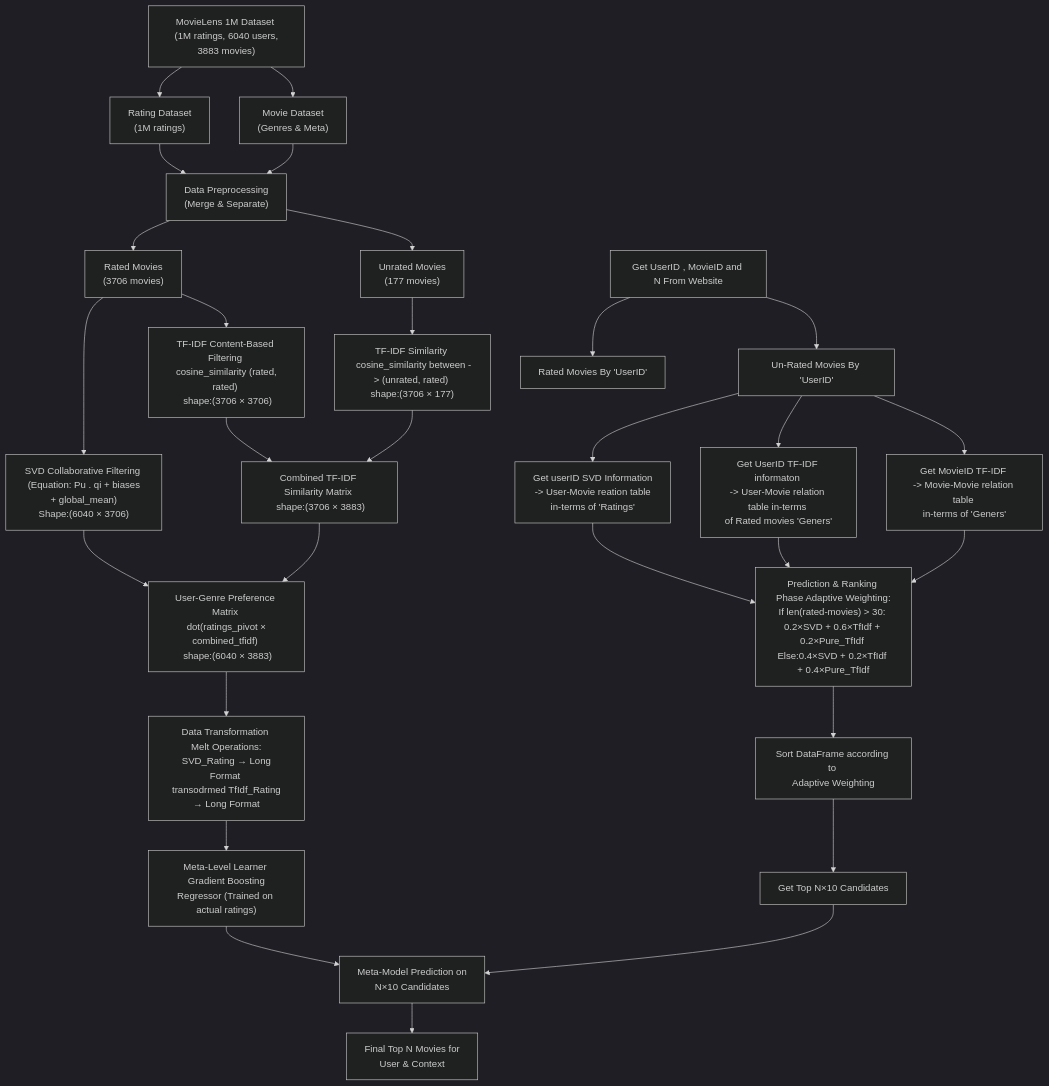
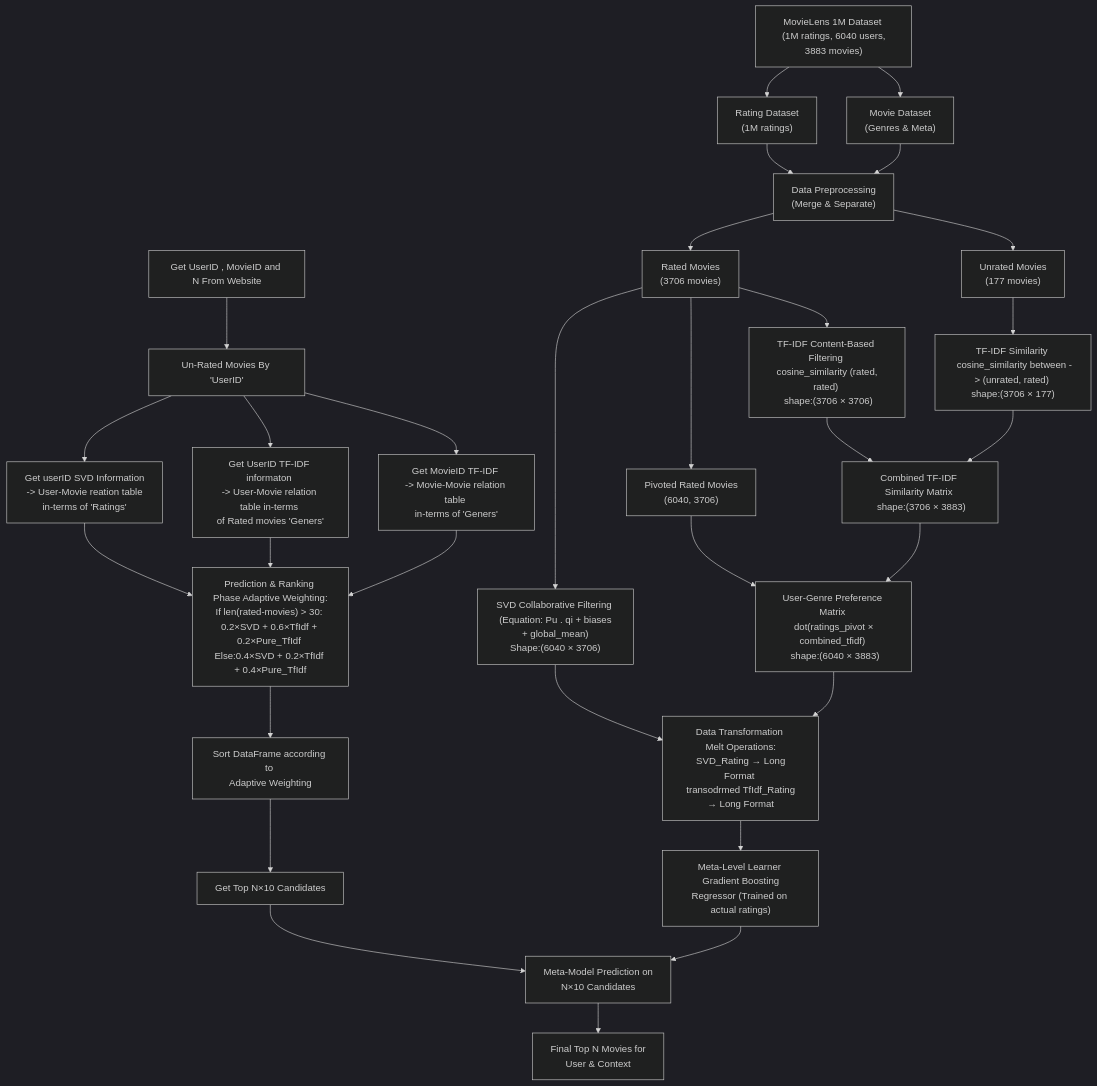
Before and after one commit to NiazMahmud2001/MetaLevel-HybridMovie-Recommender: the diagram in README.md, drawn with Mermaid (dark theme).

````diff
--- a/README.md
+++ b/README.md
@@ -83,38 +83,43 @@
 ```mermaid
 graph TD
     A["MovieLens 1M Dataset <br> (1M ratings, 6040 users, 3883 movies)"]
     A --> B["Rating Dataset <br> (1M ratings)"]
     A --> C["Movie Dataset <br> (Genres & Meta)"]
     B --> D["Data Preprocessing <br> (Merge & Separate)"]
     C --> D
     D --> E["Rated Movies <br> (3706 movies)"]
+
+    E1["Pivoted Rated Movies <br>(6040, 3706)"]
+    E --> E1
     D --> F["Unrated Movies <br> (177 movies)"]
 
     E --> G1["SVD Collaborative Filtering <br> (Equation: Pu . qi + biases + global_mean)<br>Shape:(6040 × 3706)"]
     E --> G2["TF-IDF Content-Based Filtering <br> cosine_similarity (rated, rated) <br> shape:(3706 × 3706)"]
     F --> G3["TF-IDF Similarity <br> cosine_similarity between -> (unrated, rated) <br>shape:(3706 × 177)"]
 
     G2 --> H["Combined TF-IDF Similarity Matrix <br> shape:(3706 × 3883)"]
     G3 --> H
-    G1 --> I
+    G1 --> J
+    E1 --> I
     H --> I["User-Genre Preference Matrix <br> dot(ratings_pivot × combined_tfidf) <br> shape:(6040 × 3883)"]
     I --> J["Data Transformation <br> Melt Operations: <br> SVD_Rating → Long Format <br> transodrmed TfIdf_Rating → Long Format"]
     J --> K["Meta-Level Learner <br> Gradient Boosting Regressor (Trained on actual ratings)"]
 
     L["Get UserID , MovieID and N From Website"]
-    L --> M["Rated Movies By 'UserID'"]
+    
     L --> N["Un-Rated Movies By 'UserID'"]
     N --> O["Get userID SVD Information <br>-> User-Movie reation table <br>in-terms of 'Ratings' "]
     N --> P["Get UserID TF-IDF informaton <br>-> User-Movie relation table in-terms <br>of Rated movies 'Geners' "]
     N --> V["Get MovieID TF-IDF <br>-> Movie-Movie relation table <br>in-terms of 'Geners'"]
-
+    
     Q["Prediction & Ranking Phase Adaptive Weighting:<br>If len(rated-movies) > 30: 0.2×SVD + 0.6×TfIdf + 0.2×Pure_TfIdf <br>Else:0.4×SVD + 0.2×TfIdf + 0.4×Pure_TfIdf"]
     O --> Q
     P --> Q
     V --> Q
     Q --> R["Sort DataFrame according to <br>Adaptive Weighting"]
     R --> S["Get Top N×10 Candidates"]
     S --> T["Meta-Model Prediction on<br> N×10 Candidates"]
     K --> T
     T --> U["Final Top N Movies for <br>User & Context"]
+
 ```
````
